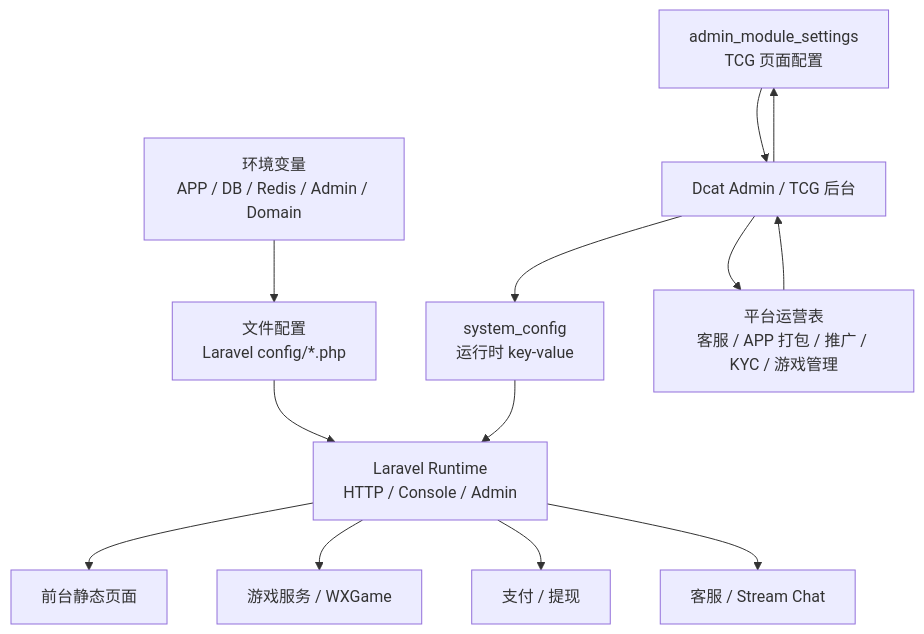
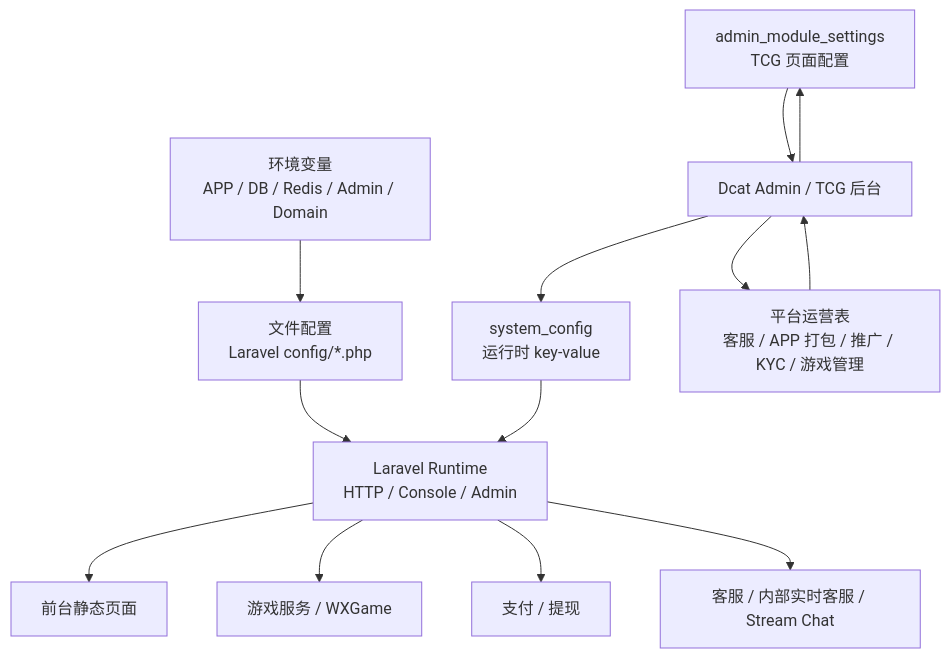
One commit to endian001/javaxiangmu changed the diagram in javaxiangmu-docs/configuration-reference.md. Above: the diagram before and after it, drawn with Mermaid. The commit also changed other lines of this file and 13 other files, not shown here.

````diff
--- a/javaxiangmu-docs/configuration-reference.md
+++ b/javaxiangmu-docs/configuration-reference.md
@@ -17,29 +17,29 @@
 ```mermaid
 flowchart TB
     Env["环境变量\nAPP / DB / Redis / Admin / Domain"]
     FileConfig["文件配置\nLaravel config/*.php"]
     SystemConfig["system_config\n运行时 key-value"]
     AdminSettings["admin_module_settings\nTCG 页面配置"]
     PlatformTables["平台运营表\n客服 / APP 打包 / 推广 / KYC / 游戏管理"]
 
     AppRuntime["Laravel Runtime\nHTTP / Console / Admin"]
     Frontend["前台静态页面"]
     GameService["游戏服务 / WXGame"]
     PayService["支付 / 提现"]
-    CustomerService["客服 / Stream Chat"]
+    CustomerService["客服 / 内部实时客服 / Stream Chat"]
     AdminPages["Dcat Admin / TCG 后台"]
 
     Env --> FileConfig
     FileConfig --> AppRuntime
     SystemConfig --> AppRuntime
     AdminSettings --> AdminPages
     PlatformTables --> AdminPages
 
     AppRuntime --> Frontend
     AppRuntime --> GameService
     AppRuntime --> PayService
     AppRuntime --> CustomerService
     AdminPages --> SystemConfig
     AdminPages --> AdminSettings
     AdminPages --> PlatformTables
 ```
````
